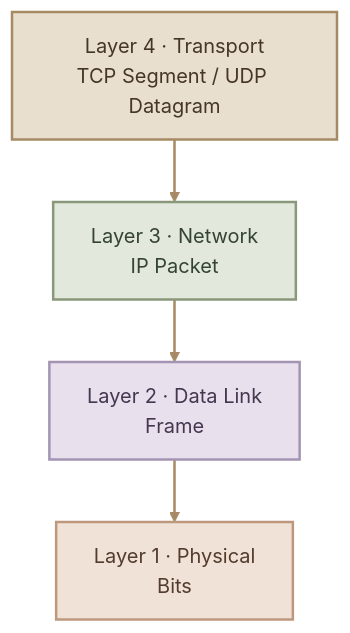
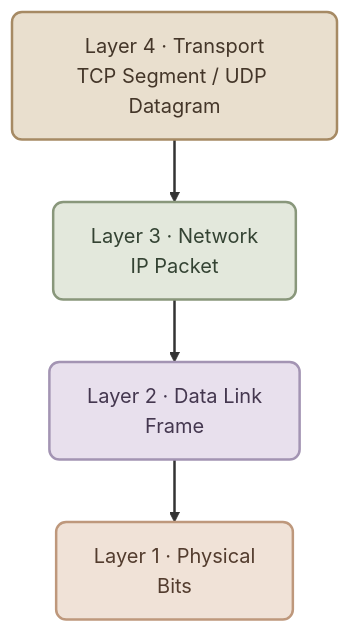
One commit to mustafammasoud/ops-handbook changed the second of 2 diagrams in content/networking/osi-model.mdx. Above: the diagram before and after it, drawn with Mermaid. The commit also changed other lines of this file and 7 other files, not shown here.

````diff
--- a/content/networking/osi-model.mdx
+++ b/content/networking/osi-model.mdx
@@ -278,23 +281,25 @@
 ```mermaid
 flowchart TB
     L4["Layer 4 · Transport<br/>TCP Segment / UDP Datagram"]
     L3["Layer 3 · Network<br/>IP Packet"]
     L2["Layer 2 · Data Link<br/>Frame"]
     L1["Layer 1 · Physical<br/>Bits"]
 
     L4 --> L3
     L3 --> L2
     L2 --> L1
 
-    classDef transport fill:#E9DFCE,stroke:#A68A64,color:#443629,stroke-width:2px
-    classDef network fill:#E3E8DC,stroke:#89977B,color:#344333,stroke-width:2px
-    classDef datalink fill:#E8E0ED,stroke:#A394B3,color:#44374F,stroke-width:2px
-    classDef physical fill:#F0E2D7,stroke:#BE987C,color:#533C2E,stroke-width:2px
+    classDef transport fill:#E9DFCE,stroke:#A68A64,color:#443629,stroke-width:2px,rx:8,ry:8
+    classDef network fill:#E3E8DC,stroke:#89977B,color:#344333,stroke-width:2px,rx:8,ry:8
+    classDef datalink fill:#E8E0ED,stroke:#A394B3,color:#44374F,stroke-width:2px,rx:8,ry:8
+    classDef physical fill:#F0E2D7,stroke:#BE987C,color:#533C2E,stroke-width:2px,rx:8,ry:8
 
     class L4 transport
     class L3 network
     class L2 datalink
     class L1 physical
 
-    linkStyle 0,1,2 stroke:#A68A64,stroke-width:2px
+    linkStyle default stroke-width:1.7px
+    linkStyle 0,1,2 stroke-width:2px
+
 ```
````
